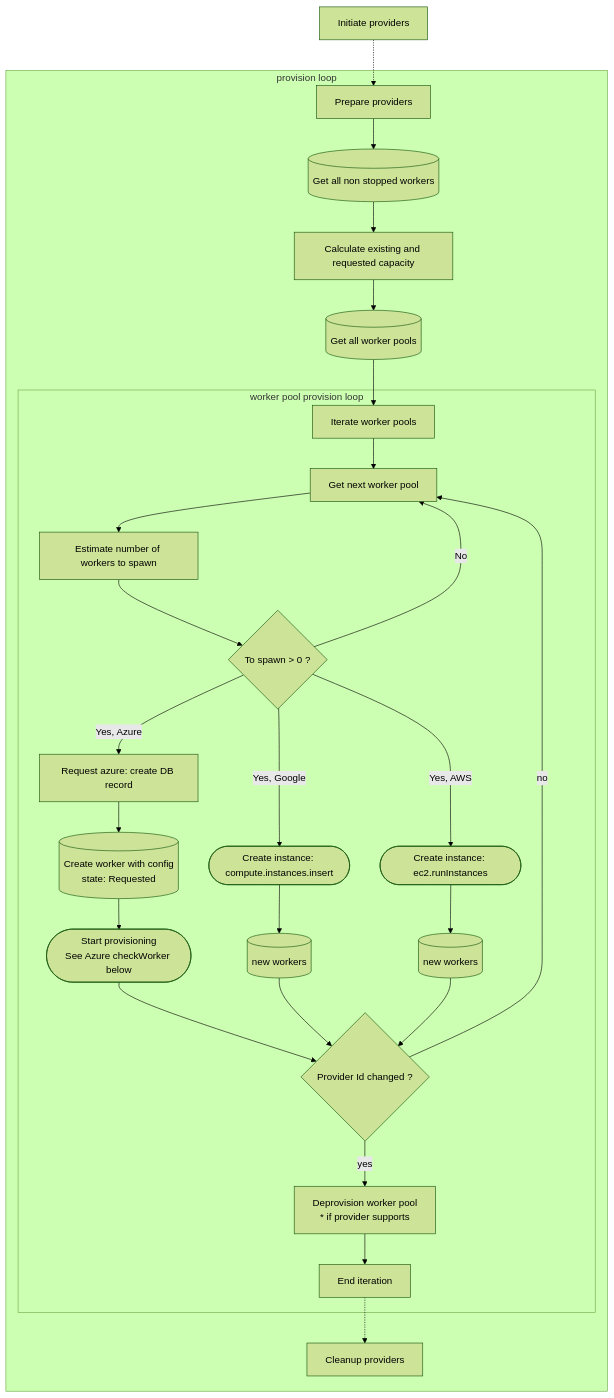
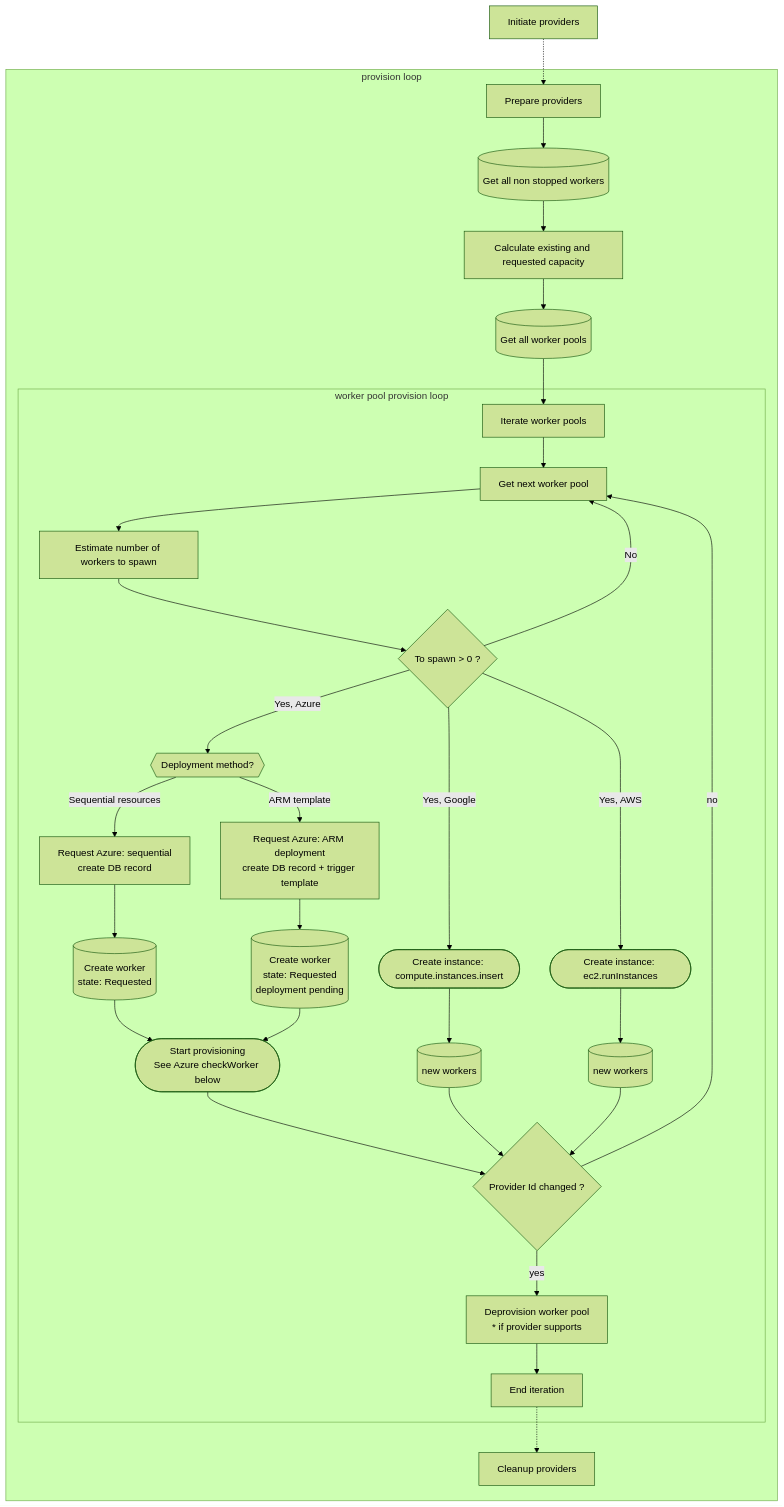
One commit to taskcluster/taskcluster changed the second of 8 diagrams in services/worker-manager/README.md. Above: the diagram before and after it, drawn with Mermaid (forest theme). The commit also changed other lines of this file and 3 other files, not shown here.

````diff
--- a/services/worker-manager/README.md
+++ b/services/worker-manager/README.md
@@ -115,37 +115,41 @@
 ```mermaid
 graph TD;
   initiateProviders[Initiate providers] -.-> prepareProviders
 
 subgraph provision loop
   prepareProviders[Prepare providers] --> queryWorkers
 
   queryWorkers[(Get all non stopped workers)] --> calcCapacity
   calcCapacity[Calculate existing and requested capacity] --> queryWorkerPools
   queryWorkerPools[(Get all worker pools)] --> poolIterateStart
 
   subgraph worker pool provision loop
     poolIterateStart[Iterate worker pools] --> takeWorkerPool
     takeWorkerPool[Get next worker pool] --> estimator
     estimator[Estimate number of workers to spawn] --> hasToSpawn{To spawn > 0 ?}
-    hasToSpawn -- Yes, Azure --> requestAzure[Request azure: create DB record]
-    requestAzure --> checkWorker[(Create worker with config <br>state: Requested)]
-    checkWorker --> requestWorker([Start provisioning<br>See Azure checkWorker below])
+    hasToSpawn -- Yes, Azure --> azureProvisionFlow{{Deployment method?}}
+    azureProvisionFlow -- Sequential resources --> requestAzureSequential[Request Azure: sequential<br>create DB record]
+    azureProvisionFlow -- ARM template --> requestAzureArm[Request Azure: ARM deployment<br>create DB record + trigger template]
+    requestAzureSequential --> checkWorkerSequential[(Create worker<br>state: Requested)]
+    requestAzureArm --> checkWorkerArm[(Create worker<br>state: Requested<br>deployment pending)]
+    checkWorkerSequential --> requestWorker([Start provisioning<br>See Azure checkWorker below])
+    checkWorkerArm --> requestWorker
     hasToSpawn -- Yes, Google --> requestGoogle([Create instance: compute.instances.insert])
     requestGoogle --> createWorker1[(new workers)]
     hasToSpawn -- Yes, AWS --> requestAWS([Create instance: ec2.runInstances])
     requestAWS --> createWorker2[(new workers)]
 
     hasToSpawn -- No --> takeWorkerPool
 
     requestWorker --> hasPreviousProviderIds{Provider Id changed ?}
     createWorker1 --> hasPreviousProviderIds{Provider Id changed ?}
     createWorker2 --> hasPreviousProviderIds{Provider Id changed ?}
 
     hasPreviousProviderIds -- yes --> deprovisionPool[Deprovision worker pool<br> * if provider supports]
     hasPreviousProviderIds -- no --> takeWorkerPool
     deprovisionPool --> poolIterateStop[End iteration]
   end
 
   poolIterateStop -.-> cleanupProviders[Cleanup providers]
 end
 ```
````
